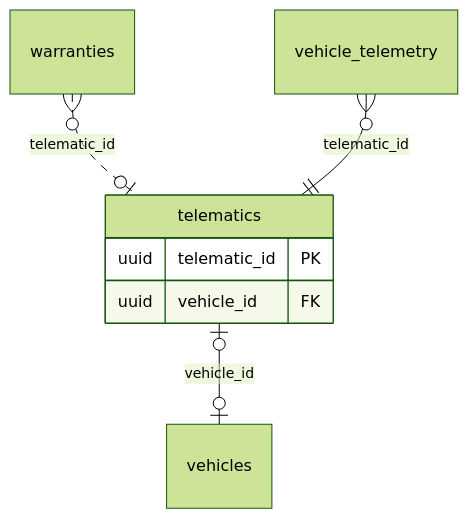
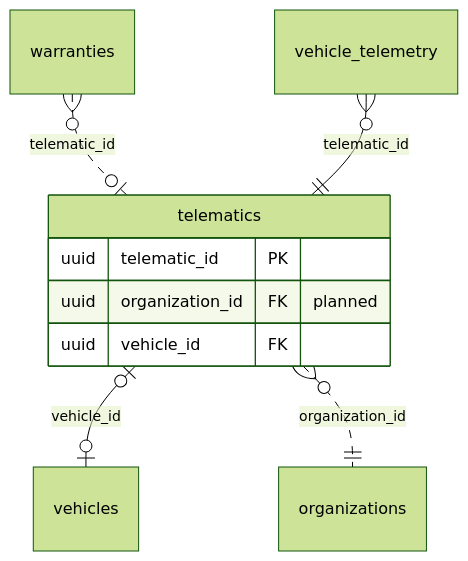
Before and after one commit to yolo-coccoc/G3Network-app: the diagram in docs/design/domain-model/domains/telematics.md, drawn with Mermaid (forest theme). The commit also changed other lines of this file and 9 other files, not shown here.

````diff
--- a/docs/design/domain-model/domains/telematics.md
+++ b/docs/design/domain-model/domains/telematics.md
@@ -16,10 +16,12 @@
 ```mermaid
 erDiagram
   telematics {
     uuid telematic_id PK
+    uuid organization_id FK "planned"
     uuid vehicle_id FK
   }
   warranties }o..o| telematics : "telematic_id"
   telematics |o--o| vehicles : "vehicle_id"
+  telematics }o..|| organizations : "organization_id"
   vehicle_telemetry }o--|| telematics : "telematic_id"
 ```
````
